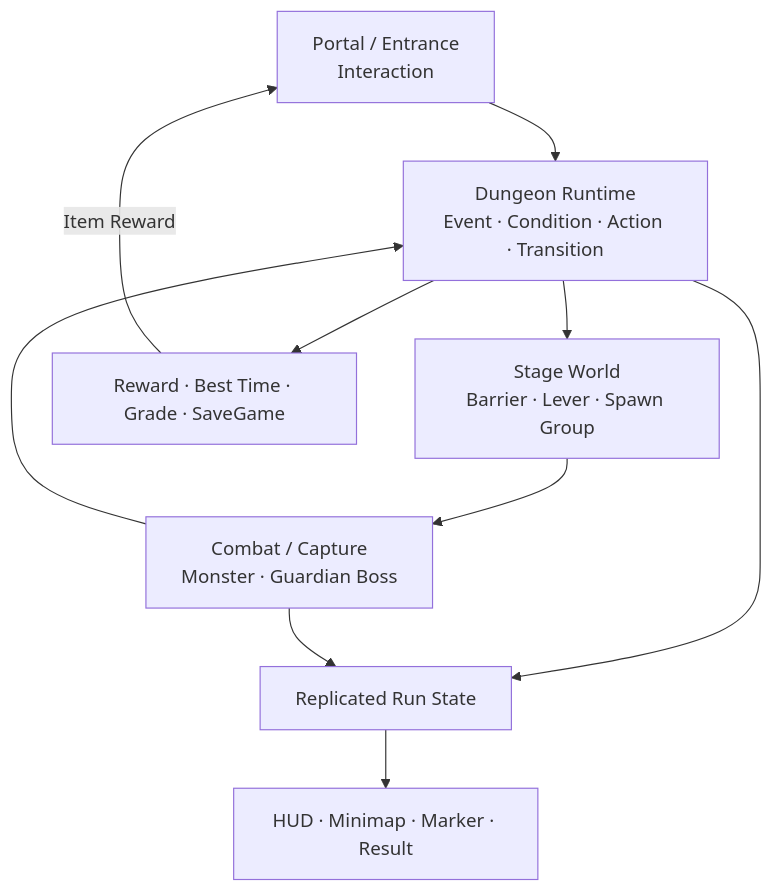
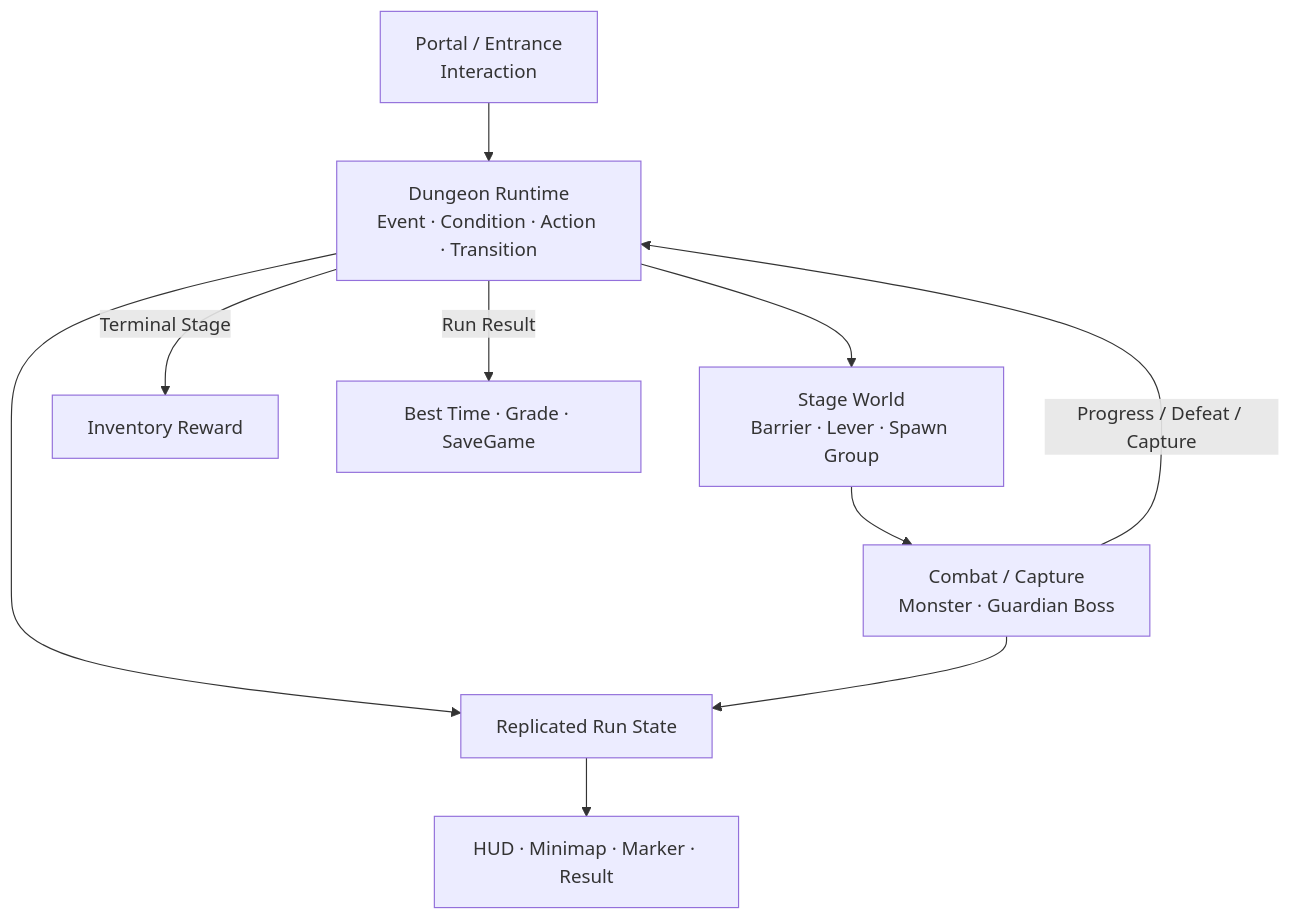
One commit to chungheonLee0325/Sonheim changed the second of 2 diagrams in Doc/Wiki/1_Project_Overview.md. Above: the diagram before and after it, drawn with Mermaid. The commit also changed other lines of this file, not shown here.

````diff
--- a/Doc/Wiki/1_Project_Overview.md
+++ b/Doc/Wiki/1_Project_Overview.md
@@ -102,22 +104,25 @@
 ```mermaid
 flowchart TD
     ENTRY["Portal / Entrance<br/>Interaction"]
     RUNTIME["Dungeon Runtime<br/>Event · Condition · Action · Transition"]
     WORLD["Stage World<br/>Barrier · Lever · Spawn Group"]
     BATTLE["Combat / Capture<br/>Monster · Guardian Boss"]
+
     STATE["Replicated Run State"]
     UI["HUD · Minimap · Marker · Result"]
-    RESULT["Reward · Best Time · Grade · SaveGame"]
+
+    REWARD["Inventory Reward"]
+    RECORD["Best Time · Grade · SaveGame"]
 
     ENTRY --> RUNTIME
     RUNTIME --> WORLD
     WORLD --> BATTLE
-    BATTLE --> RUNTIME
+    BATTLE -->|"Progress / Defeat / Capture"| RUNTIME
 
     RUNTIME --> STATE
     BATTLE --> STATE
     STATE --> UI
 
-    RUNTIME --> RESULT
-    RESULT -->|"Item Reward"| ENTRY
+    RUNTIME -->|"Terminal Stage"| REWARD
+    RUNTIME -->|"Run Result"| RECORD
 ```
````
